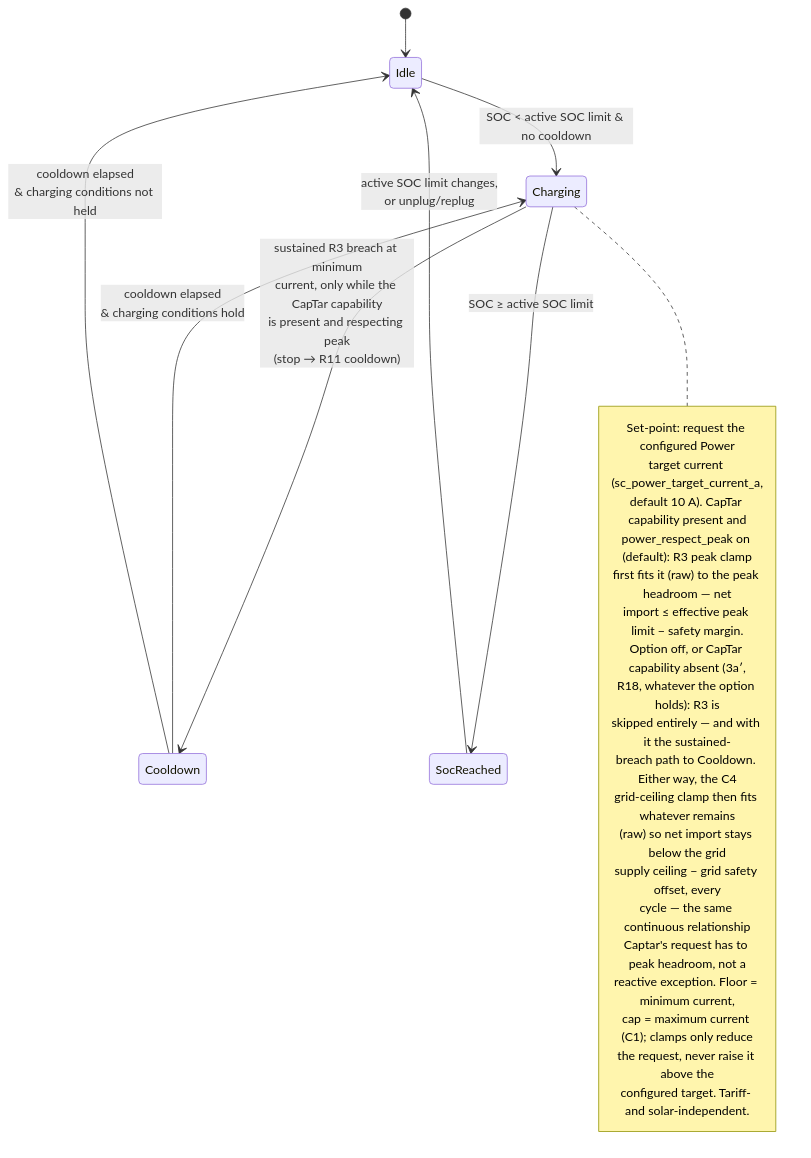
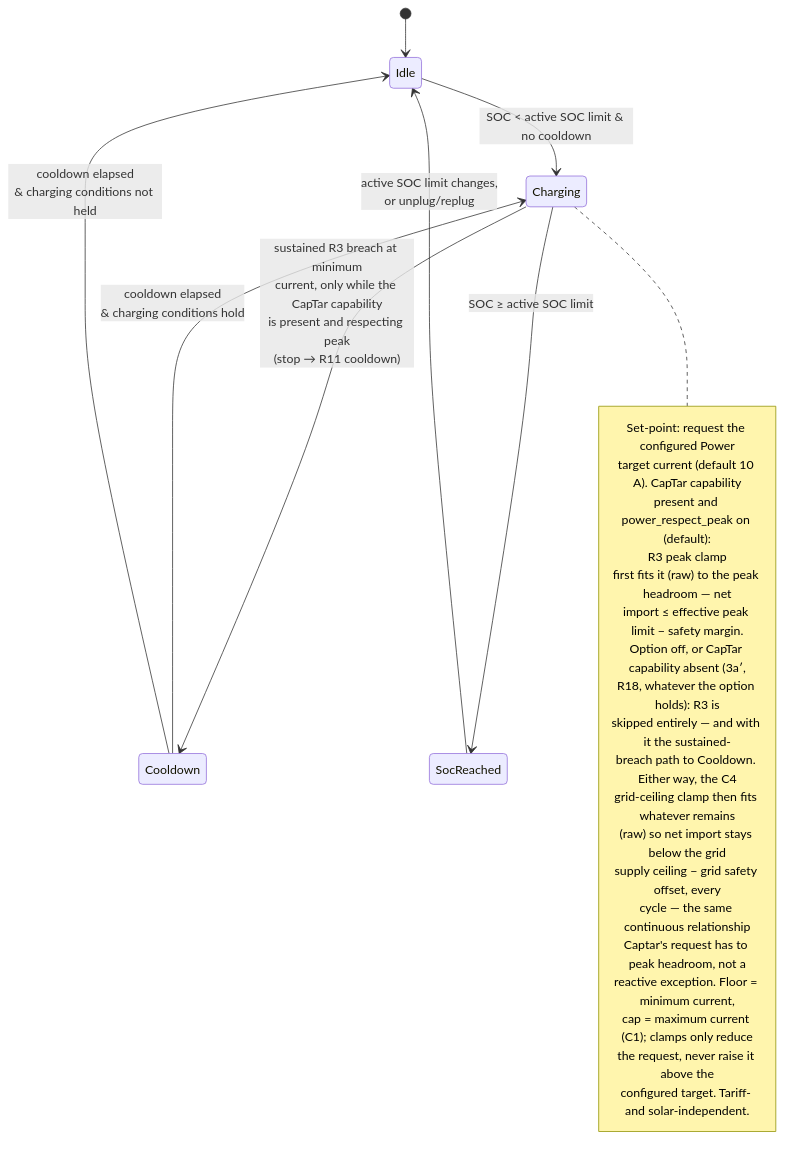
One commit to kristofdegrave/homeassistant-smart-charging changed the diagram in docs/analysis/use-cases/UC04-charge-at-a-user-set-current.md. Above: the diagram before and after it, drawn with Mermaid. The commit also changed other lines of this file, not shown here.

````diff
--- a/docs/analysis/use-cases/UC04-charge-at-a-user-set-current.md
+++ b/docs/analysis/use-cases/UC04-charge-at-a-user-set-current.md
@@ -116,31 +116,31 @@
 ```mermaid
 stateDiagram-v2
     [*] --> Idle
     Idle --> Charging: SOC < active SOC limit & no cooldown
     Charging --> Cooldown: sustained R3 breach at minimum<br/>current, only while the CapTar capability<br/>is present and respecting peak<br/>(stop → R11 cooldown)
     Charging --> SocReached: SOC ≥ active SOC limit
     Cooldown --> Charging: cooldown elapsed<br/>& charging conditions hold
     Cooldown --> Idle: cooldown elapsed<br/>& charging conditions not held
     SocReached --> Idle: active SOC limit changes,<br/>or unplug/replug
     note right of Charging
         Set-point: request the configured Power
-        target current (sc_power_target_current_a,
-        default 10 A). CapTar capability present and
-        power_respect_peak on (default): R3 peak clamp
+        target current (default 10 A). CapTar capability
+        present and power_respect_peak on (default):
+        R3 peak clamp
         first fits it (raw) to the peak headroom — net
         import ≤ effective peak limit − safety margin.
         Option off, or CapTar capability absent (3a′,
         R18, whatever the option holds): R3 is
         skipped entirely — and with it the sustained-
         breach path to Cooldown. Either way, the C4
         grid-ceiling clamp then fits whatever remains
         (raw) so net import stays below the grid
         supply ceiling − grid safety offset, every
         cycle — the same continuous relationship
         Captar's request has to peak headroom, not a
         reactive exception. Floor = minimum current,
         cap = maximum current (C1); clamps only reduce
         the request, never raise it above the
         configured target. Tariff- and solar-independent.
     end note
 ```
````
